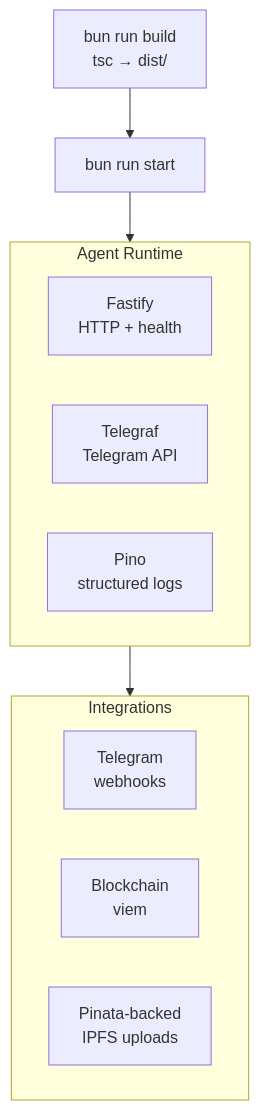
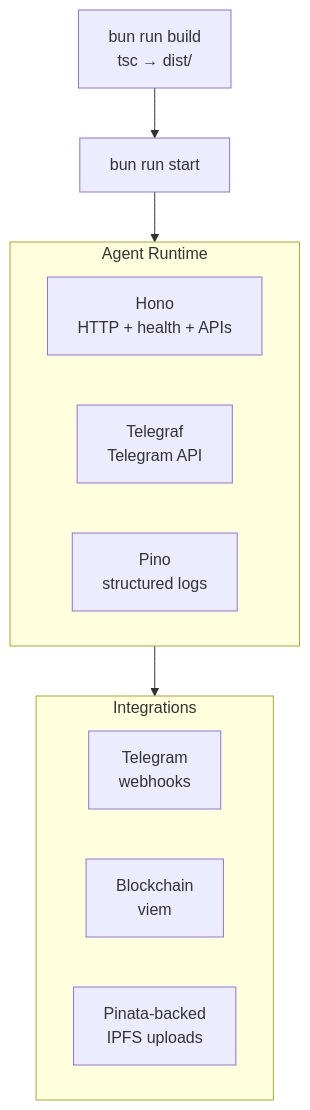
Before and after one commit to greenpill-dev-guild/green-goods: the diagram in docs/docs/builders/deployments/agent-deploy.mdx, drawn with Mermaid. The commit also changed other lines of this file and 33 other files, not shown here.

````diff
--- a/docs/docs/builders/deployments/agent-deploy.mdx
+++ b/docs/docs/builders/deployments/agent-deploy.mdx
@@ -27,20 +27,20 @@
 ```mermaid
 graph TB
     Build["bun run build\ntsc → dist/"] --> Start["bun run start"]
 
     subgraph Runtime["Agent Runtime"]
-        Fastify["Fastify\nHTTP + health"]
+        Hono["Hono\nHTTP + health + APIs"]
         Telegraf["Telegraf\nTelegram API"]
         Pino["Pino\nstructured logs"]
     end
 
     Start --> Runtime
 
     subgraph Integrations
         TG["Telegram\nwebhooks"]
         Chain["Blockchain\nviem"]
         IPFS["Pinata-backed\nIPFS uploads"]
     end
 
     Runtime --> Integrations
 ```
````
